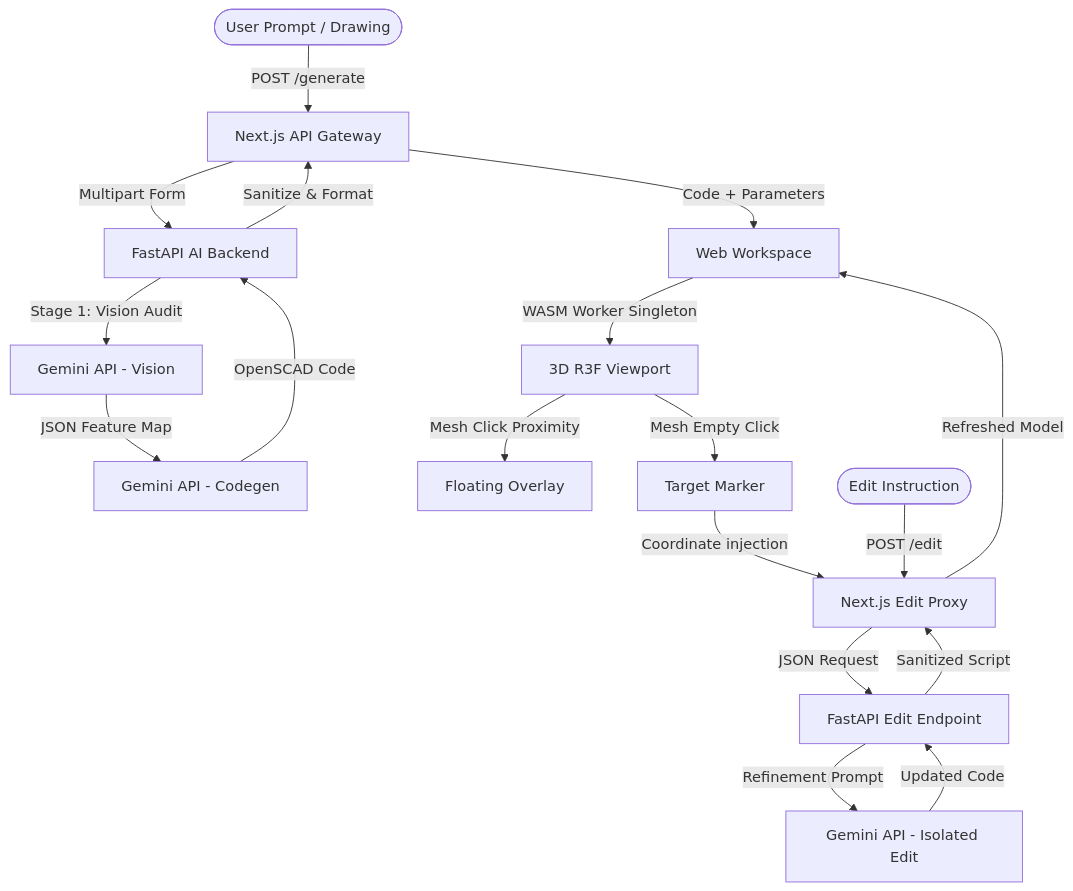
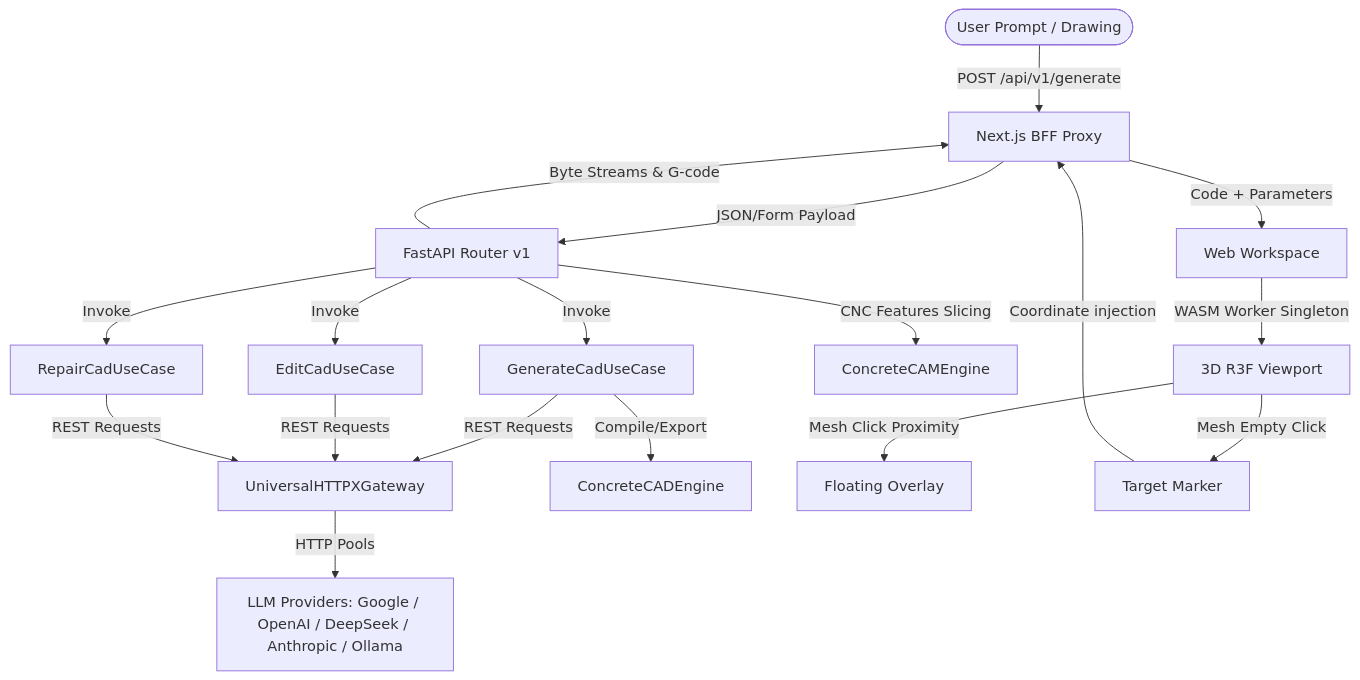
One commit to AjithGoveas/cad_copilot changed the diagram in README.md. Above: the diagram before and after it, drawn with Mermaid. The commit also changed other lines of this file and 52 other files, not shown here.

````diff
--- a/README.md
+++ b/README.md
@@ -43,22 +44,26 @@
 ```mermaid
 graph TD
-    User([User Prompt / Drawing]) -->|POST /generate| BFF[Next.js API Gateway]
-    BFF -->|Multipart Form| Python[FastAPI AI Backend]
-    Python -->|Stage 1: Vision Audit| GeminiVision[Gemini API - Vision]
-    GeminiVision -->|JSON Feature Map| GeminiText[Gemini API - Codegen]
-    GeminiText -->|OpenSCAD Code| Python
-    Python -->|Sanitize & Format| BFF
+    User([User Prompt / Drawing]) -->|POST /api/v1/generate| BFF[Next.js BFF Proxy]
+    BFF -->|JSON/Form Payload| FastAPI[FastAPI Router v1]
+    
+    FastAPI -->|Invoke| GenUC[GenerateCadUseCase]
+    FastAPI -->|Invoke| EditUC[EditCadUseCase]
+    FastAPI -->|Invoke| RepairUC[RepairCadUseCase]
+    
+    GenUC -->|REST Requests| Gateway[UniversalHTTPXGateway]
+    EditUC -->|REST Requests| Gateway
+    RepairUC -->|REST Requests| Gateway
+    
+    Gateway -->|HTTP Pools| Models[LLM Providers: Google / OpenAI / DeepSeek / Anthropic / Ollama]
+    
+    GenUC -->|Compile/Export| CAD[ConcreteCADEngine]
+    FastAPI -->|CNC Features Slicing| CAM[ConcreteCAMEngine]
+    
+    FastAPI -->|Byte Streams & G-code| BFF
     BFF -->|Code + Parameters| Client[Web Workspace]
     Client -->|WASM Worker Singleton| Viewport[3D R3F Viewport]
     
     Viewport -->|Mesh Click Proximity| QuickEdit[Floating Overlay]
     Viewport -->|Mesh Empty Click| TargetMarker[Target Marker]
-    TargetMarker -->|Coordinate injection| BFFEdit
-    
-    UserPromptEdit([Edit Instruction]) -->|POST /edit| BFFEdit[Next.js Edit Proxy]
-    BFFEdit -->|JSON Request| PythonEdit[FastAPI Edit Endpoint]
-    PythonEdit -->|Refinement Prompt| GeminiEdit[Gemini API - Isolated Edit]
-    GeminiEdit -->|Updated Code| PythonEdit
-    PythonEdit -->|Sanitized Script| BFFEdit
-    BFFEdit -->|Refreshed Model| Client
+    TargetMarker -->|Coordinate injection| BFF
 ```
````
